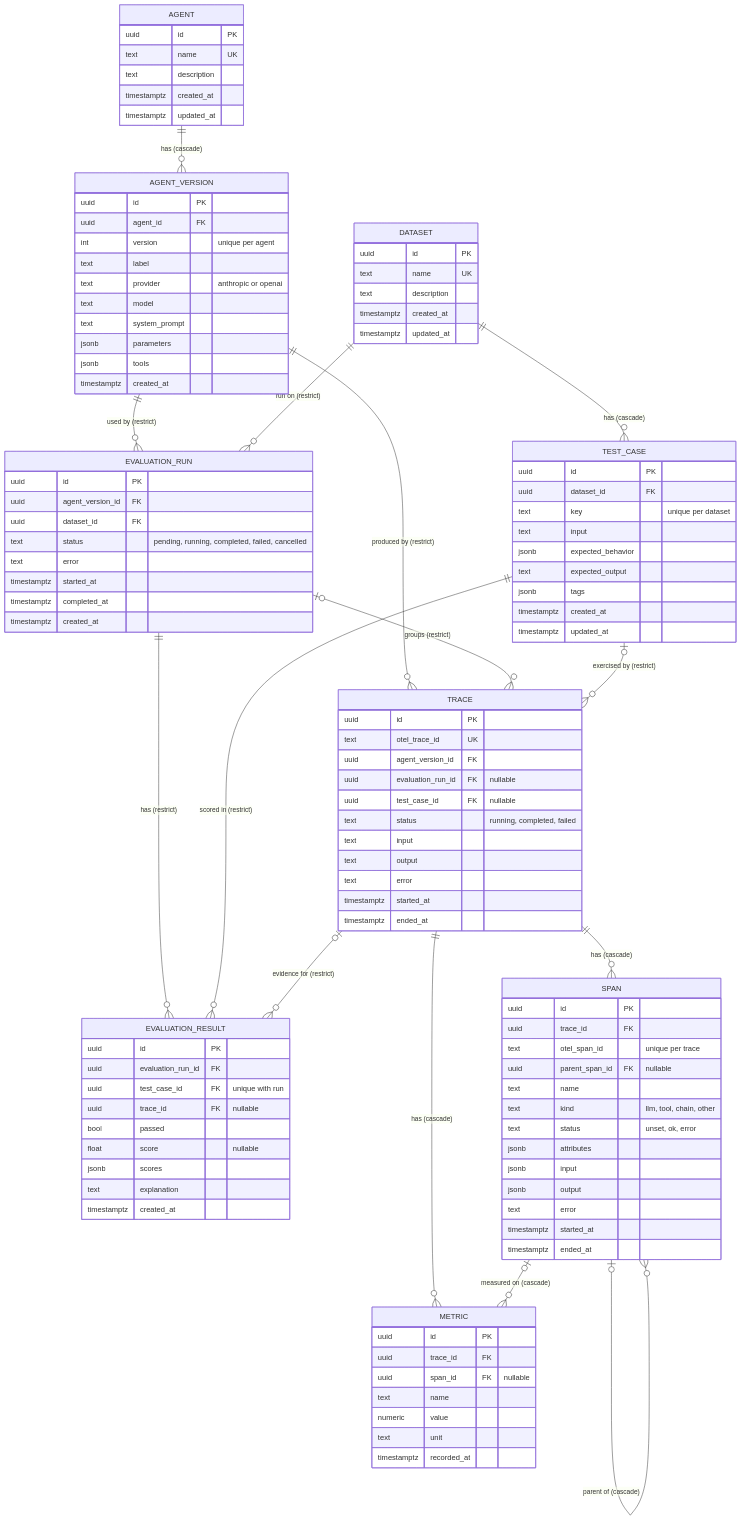
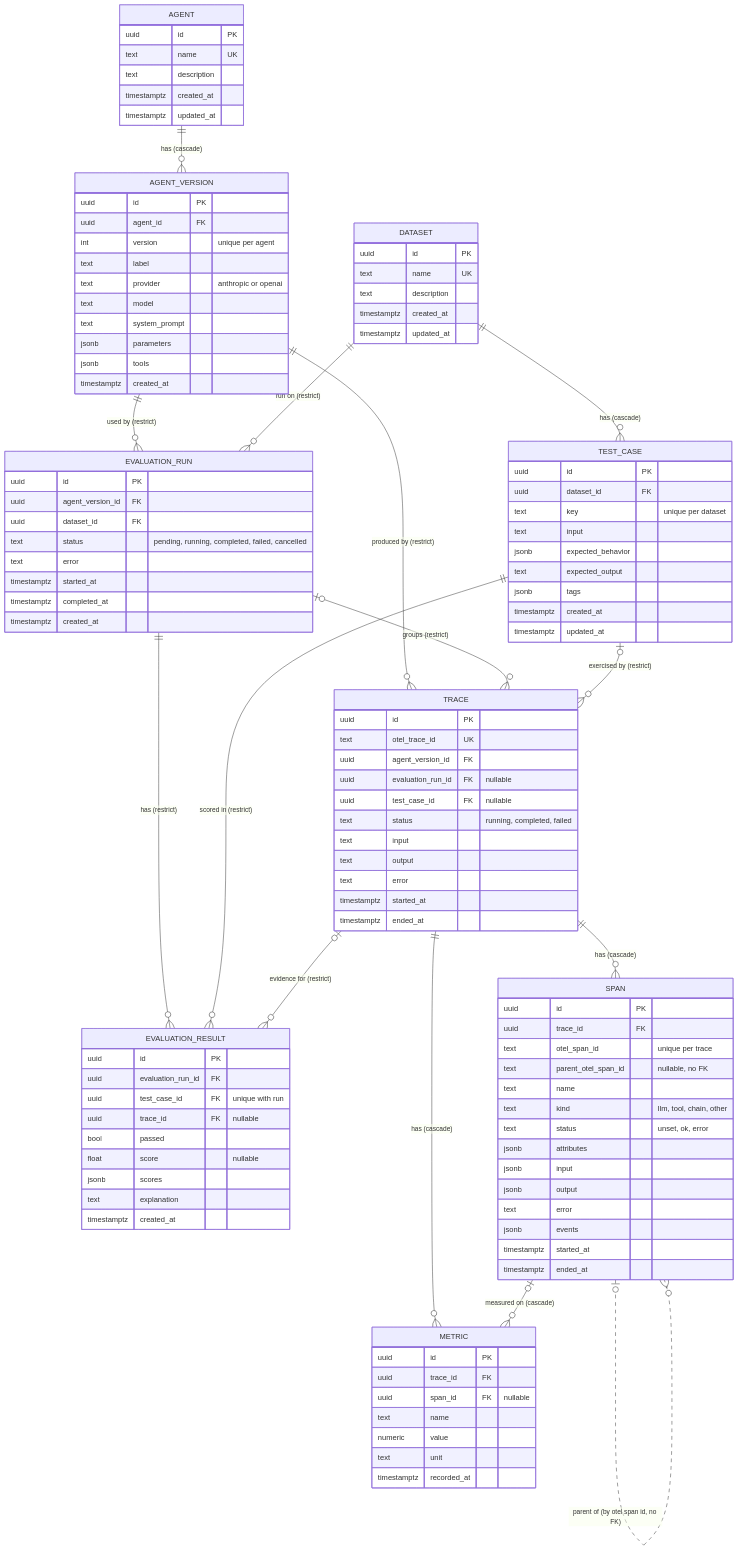
One commit to edward-sf/AgentOps changed the second of 2 diagrams in docs/architecture.md. Above: the diagram before and after it, drawn with Mermaid. The commit also changed other lines of this file and 10 other files, not shown here.

First line of the commit message:
feat(observability): store spans by otel parent id and add span ingest

```diff
--- a/docs/architecture.md
+++ b/docs/architecture.md
@@ -34,7 +34,7 @@
     TEST_CASE ||--o{ EVALUATION_RESULT : "scored in (restrict)"
     TRACE |o--o{ EVALUATION_RESULT : "evidence for (restrict)"
     TRACE ||--o{ SPAN : "has (cascade)"
-    SPAN |o--o{ SPAN : "parent of (cascade)"
+    SPAN |o..o{ SPAN : "parent of (by otel span id, no FK)"
     TRACE ||--o{ METRIC : "has (cascade)"
     SPAN |o--o{ METRIC : "measured on (cascade)"
 
@@ -102,7 +102,7 @@
         uuid id PK
         uuid trace_id FK
         text otel_span_id "unique per trace"
-        uuid parent_span_id FK "nullable"
+        text parent_otel_span_id "nullable, no FK"
         text name
         text kind "llm, tool, chain, other"
         text status "unset, ok, error"
@@ -110,6 +110,7 @@
         jsonb input
         jsonb output
         text error
+        jsonb events
         timestamptz started_at
         timestamptz ended_at
     }
```
